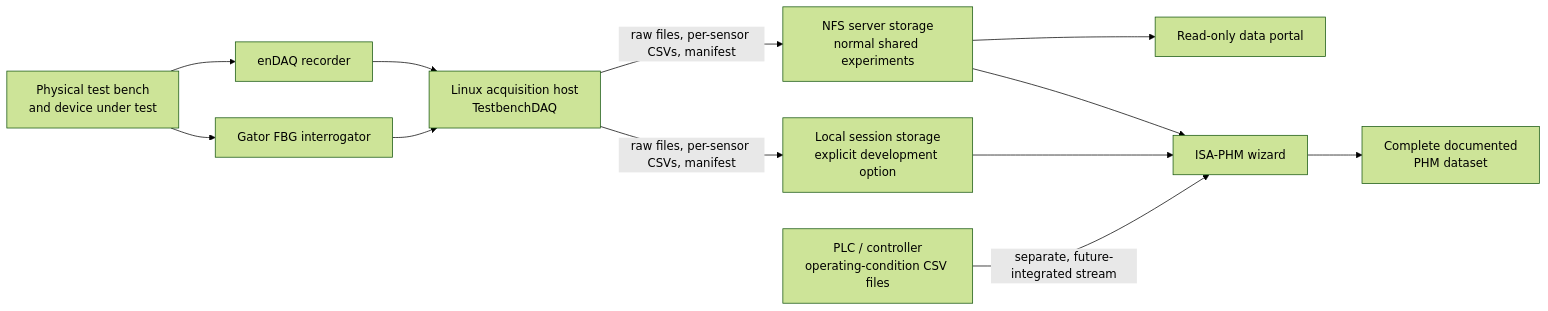
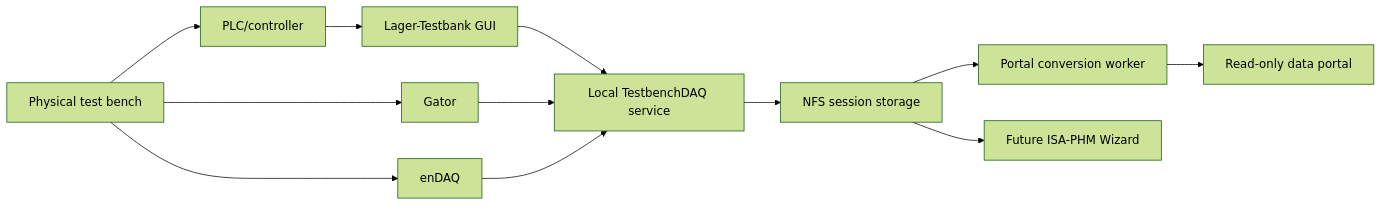
The diagram in README.md (NathanHouwaart/TestbenchDAQ), drawn with Mermaid (forest theme) before and after one commit. The commit also changed other lines of this file and 9 other files, not shown here.

````diff
--- a/README.md
+++ b/README.md
@@ -21,25 +14,14 @@
 ```mermaid
 flowchart LR
-    Bench[Physical test bench\nand device under test]
-    PLC[PLC / controller\noperating-condition CSV files]
-    Gator[Gator FBG interrogator]
-    enDAQ[enDAQ recorder]
-    Host[Linux acquisition host\nTestbenchDAQ]
-    Local[Local session storage\nexplicit development option]
-    NFS[NFS server storage\nnormal shared experiments]
-    Portal[Read-only data portal]
-    Wizard[ISA-PHM wizard]
-    Dataset[Complete documented\nPHM dataset]
-
-    Bench --> Gator
-    Bench --> enDAQ
-    Gator --> Host
-    enDAQ --> Host
-    Host -->|raw files, per-sensor CSVs, manifest| Local
-    Host -->|raw files, per-sensor CSVs, manifest| NFS
-    NFS --> Portal
-    PLC -->|separate, future-integrated stream| Wizard
-    Local --> Wizard
-    NFS --> Wizard
-    Wizard --> Dataset
+    Bench[Physical test bench] --> PLC[PLC/controller]
+    Bench --> Gator[Gator]
+    Bench --> enDAQ[enDAQ]
+    PLC --> GUI[Lager-Testbank GUI]
+    GUI --> Service[Local TestbenchDAQ service]
+    Gator --> Service
+    enDAQ --> Service
+    Service --> NFS[NFS session storage]
+    NFS --> Processor[Portal conversion worker]
+    Processor --> Portal[Read-only data portal]
+    NFS --> Wizard[Future ISA-PHM Wizard]
 ```
````
